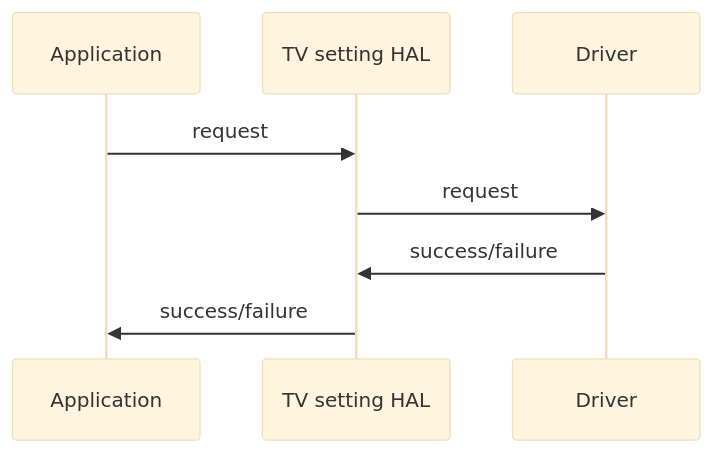
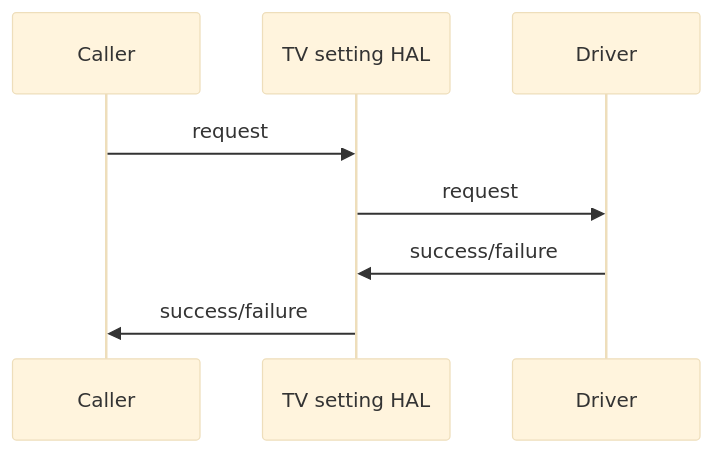
One commit to rdkcentral/rdkv-halif-tvsettings changed the second of 3 diagrams in docs/pages/halSpec.md. Above: the diagram before and after it, drawn with Mermaid (base theme). The commit also changed other lines of this file, not shown here.

````diff
--- a/docs/pages/halSpec.md
+++ b/docs/pages/halSpec.md
@@ -147,7 +147,7 @@
 ```mermaid
 sequenceDiagram
-Application ->> TV setting HAL:request
+Caller ->> TV setting HAL:request
 TV setting HAL ->> Driver:request
 Driver ->> TV setting HAL:success/failure
-TV setting HAL ->> Application:success/failure
+TV setting HAL ->> Caller:success/failure
 ```
````
